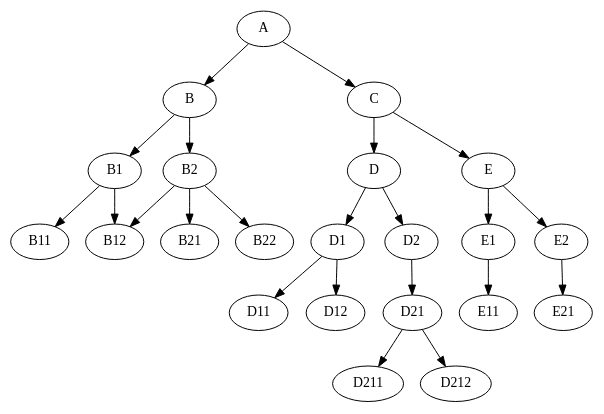
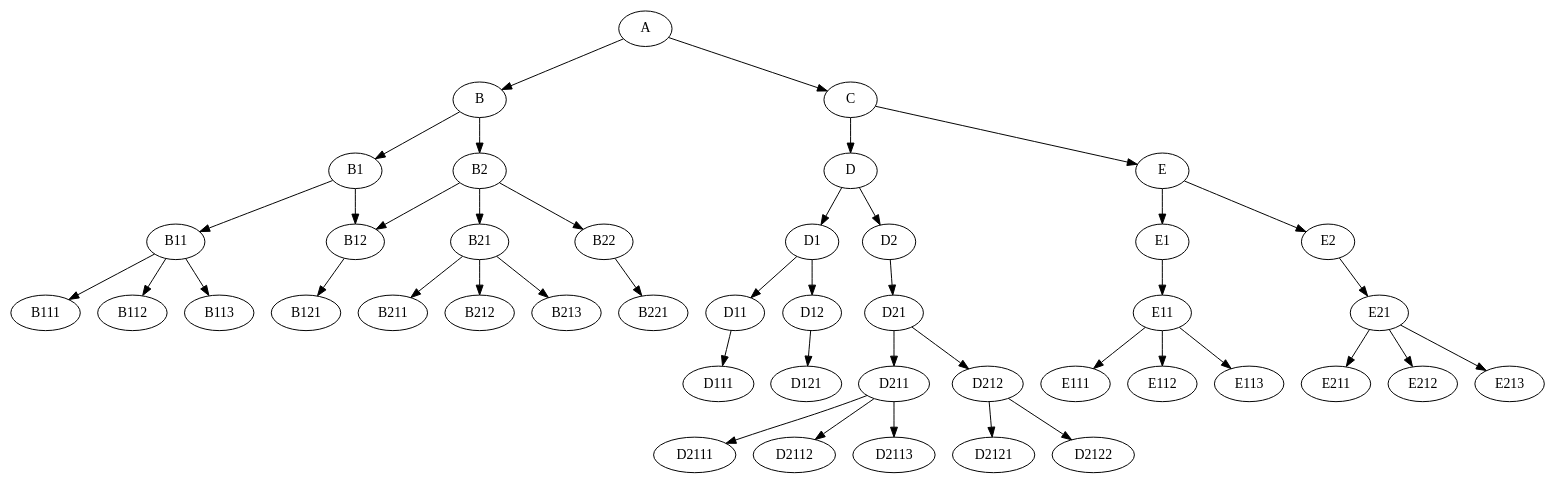
One commit to jonas-schmitt/thesis changed the diagram in tree_generation_scripts/related_work.dot. Above: the diagram before and after it, drawn with Graphviz.

Commit message:
Included refs in related work tree visualization

```diff
--- a/tree_generation_scripts/related_work.dot
+++ b/tree_generation_scripts/related_work.dot
@@ -1,47 +1,88 @@
 digraph G {  
   ordering=in ;
   A[texlbl="AI-Based PDE Solvers"];
   A -> B
   A -> C
   B[texlbl="Continuous"];
   C[texlbl="Discrete"];
   B -> B1 
   B -> B2
   B1[texlbl="Physics-Informed"];
   B2[texlbl="Neural Operators"];
   B1 -> B11
   B1 -> B12
   B2 -> B12
   B2 -> B21
   B2 -> B22
-  B11[texlbl="PINN~[92]"];
-  B21[texlbl="FNO~[73]"];
-  B22[texlbl="DeepONet~[78]"];
-  B12[texlbl="PINO~[74]"];
+  B11[texlbl="PINN"];
+  B111[texlbl="[60]"];
+  B112[texlbl="[61]"];
+  B113[texlbl="[92]"];
+  B11 -> B111
+  B11 -> B112
+  B11 -> B113
+  B21[texlbl="FNO"];
+  B211[texlbl="[73]"];
+  B212[texlbl="[42]"];
+  B21 -> B211
+  B21 -> B212
+  B21 -> B213
+  B22[texlbl="DeepONet"];
+  B221[texlbl="[78]"];
+  B22 -> B221
+  B12[texlbl="PINO"];
+  B121[texlbl="[74]"];
+  B12 -> B121
   C -> D
   C -> E
   D[texlbl="ML-Based"];
   D -> D1
   D -> D2
   D1[texlbl="Standalone"];
   D1 -> D11
   D1 -> D12
-  D11[texlbl="CNN~[118]"];
-  D12[texlbl="GNN~[87]"];
+  D11[texlbl="CNN"];
+  D111[texlbl="[118]"];
+  D11 -> D111
+  D12[texlbl="GNN"];
+  D121[texlbl="[87]"];
+  D12 -> D121
   D2[texlbl="Hybrid"];
   D2 -> D21
   D21[texlbl="MG-Based"];
   D21 -> D211
   D21 -> D212
-  D211[texlbl="Prolongation~[41]"];
-  D212[texlbl="Smoothing~[54]"];
+  D211[texlbl="Prolongation"];
+  D2111[texlbl="[41]"];
+  D2112[texlbl="[59]"];
+  D2113[texlbl="[80]"];
+  D211 -> D2111
+  D211 -> D2112
+  D211 -> D2113
+  D212[texlbl="Smoothing"];
+  D2121[texlbl="[30]"];
+  D2122[texlbl="[54]"];
+  D212 -> D2121
+  D212 -> D2122
   E[texlbl="Algorithm Design"];
   E -> E1
   E -> E2
   E1[texlbl="Top-Down"];
   E2[texlbl="Bottom-Up"];
   E1 -> E11
   E2 -> E21
-  E11[texlbl="Combinatorial~[86]"];
-  E21[texlbl="Grammar-Based~[107]"];
+  E11[texlbl="Combinatorial"];
+  E111[texlbl="[12]"];
+  E112[texlbl="[86]"];
+  E113[texlbl="[116]"];
+  E11 -> E111
+  E11 -> E112
+  E11 -> E113
+  E21[texlbl="Grammar-Based"];
+  E211[texlbl="[105]"];
+  E212[texlbl="[106]"];
+  E213[texlbl="[107]"];
+  E21 -> E211
+  E21 -> E212
+  E21 -> E213
 }
```
